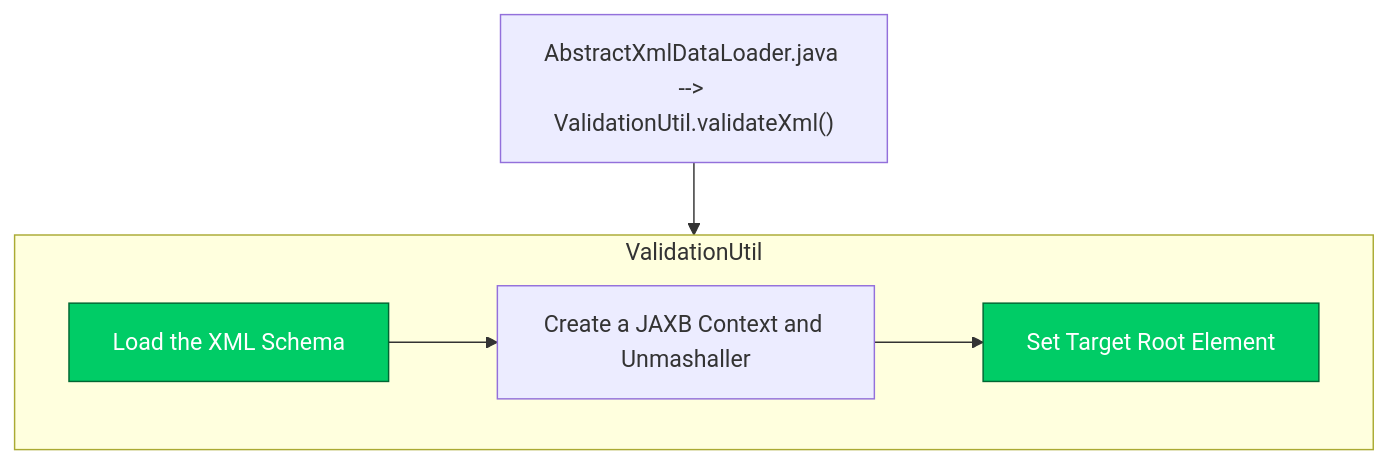
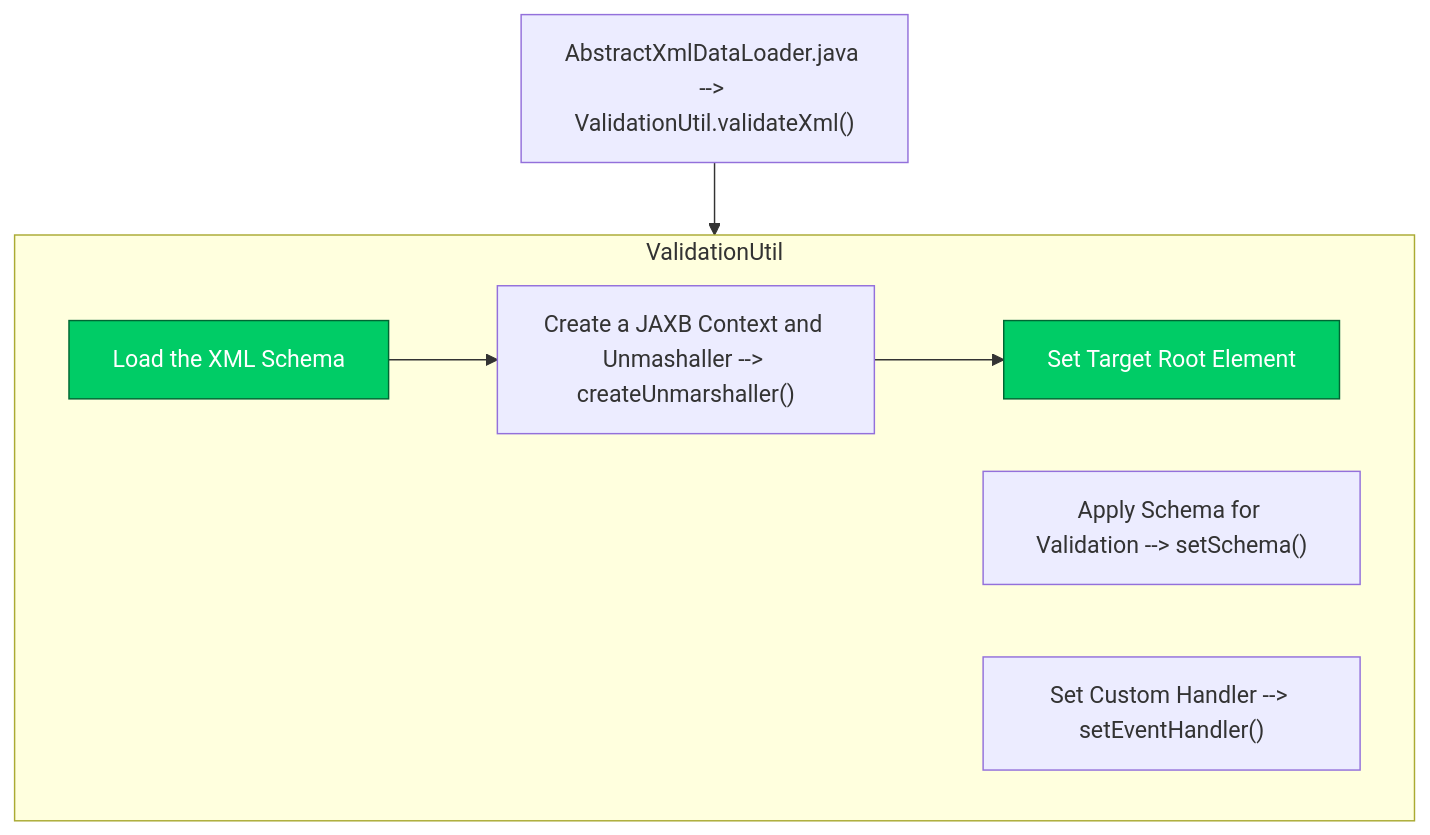
The eighth of 8 diagrams in Basic-Design/Host-Interfaces.md (luthfiadityaa/SimeDarby-Wiki), drawn with Mermaid before and after one commit.

Commit message:
Updated Host Interfaces

```diff
--- a/Basic-Design/Host-Interfaces.md
+++ b/Basic-Design/Host-Interfaces.md
@@ -637,17 +637,19 @@
 ::: mermaid
 flowchart TD
  C1["AbstractXmlDataLoader.java --> ValidationUtil.validateXml()"]
  C1 --> ValidationUtil
 
 subgraph ValidationUtil
  C2 --> C3 --> C4
  C2["Load the XML Schema"]
- C3["Create a JAXB Context and Unmashaller"]
+ C3["Create a JAXB Context and Unmashaller --> createUnmarshaller()"]
  C4["Set Target Root Element"]
+ C5["Apply Schema for Validation --> setSchema()"]
+ C6["Set Custom Handler --> setEventHandler()"]
 end
 
 click C2 "https://dev.azure.com/Daifuku-SW/ID_SimeDarbyPlantation/_wiki/wikis/ID_SimeDarbyPlantation.wiki/833/Host-Interfaces?anchor=stage-5"
 click C4 "https://dev.azure.com/Daifuku-SW/ID_SimeDarbyPlantation/_wiki/wikis/ID_SimeDarbyPlantation.wiki/833/Host-Interfaces?anchor=stage-4"
 style C2 fill:#00cc66,stroke:#006633,color:#ffffff
 style C4 fill:#00cc66,stroke:#006633,color:#ffffff
 :::
```
